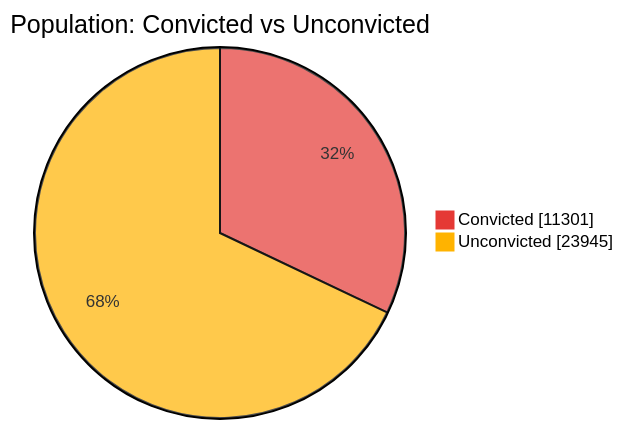
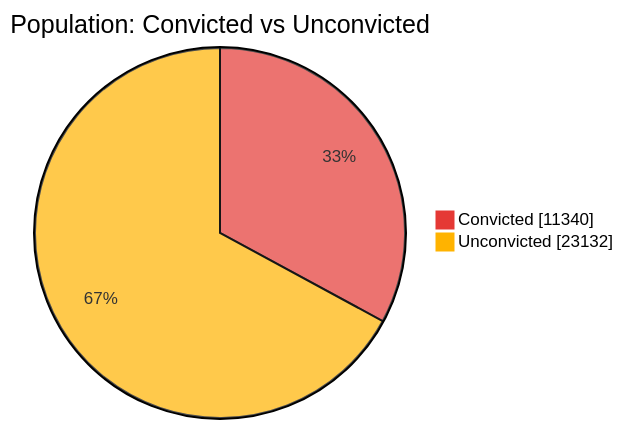
The first of 7 diagrams in README.md (nuuuwan/lk_prisons), drawn with Mermaid before and after one commit. The commit also changed other lines of this file and 1 other file, not shown here.

````diff
--- a/README.md
+++ b/README.md
@@ -43,6 +43,6 @@
 ```mermaid
 %%{init: {'themeVariables': {'pie1': '#E53935', 'pie2': '#FFB300'}}}%%
 pie showData title Population: Convicted vs Unconvicted
-    "Convicted" : 11301
-    "Unconvicted" : 23945
+    "Convicted" : 11340
+    "Unconvicted" : 23132
 ```
````
